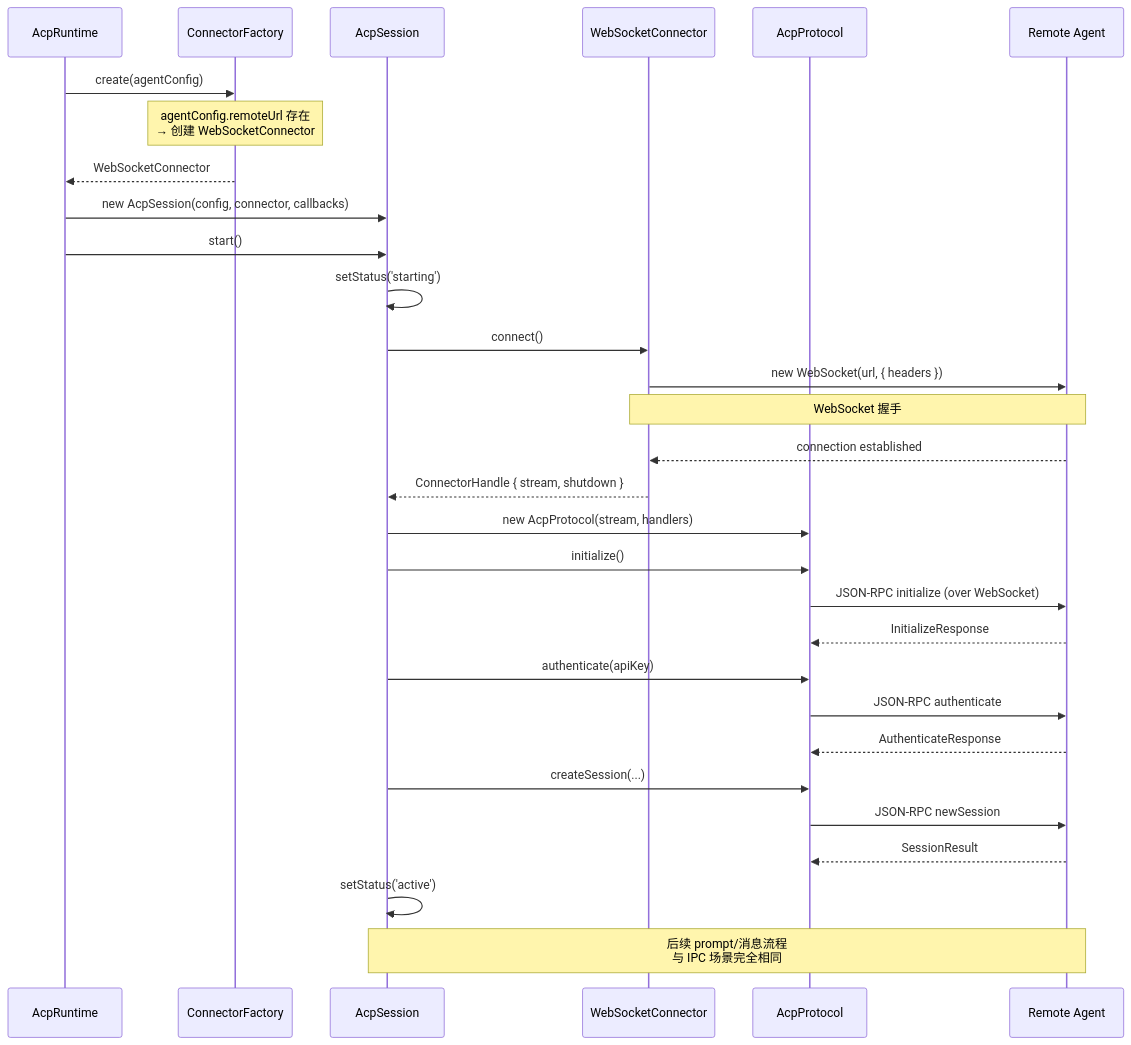
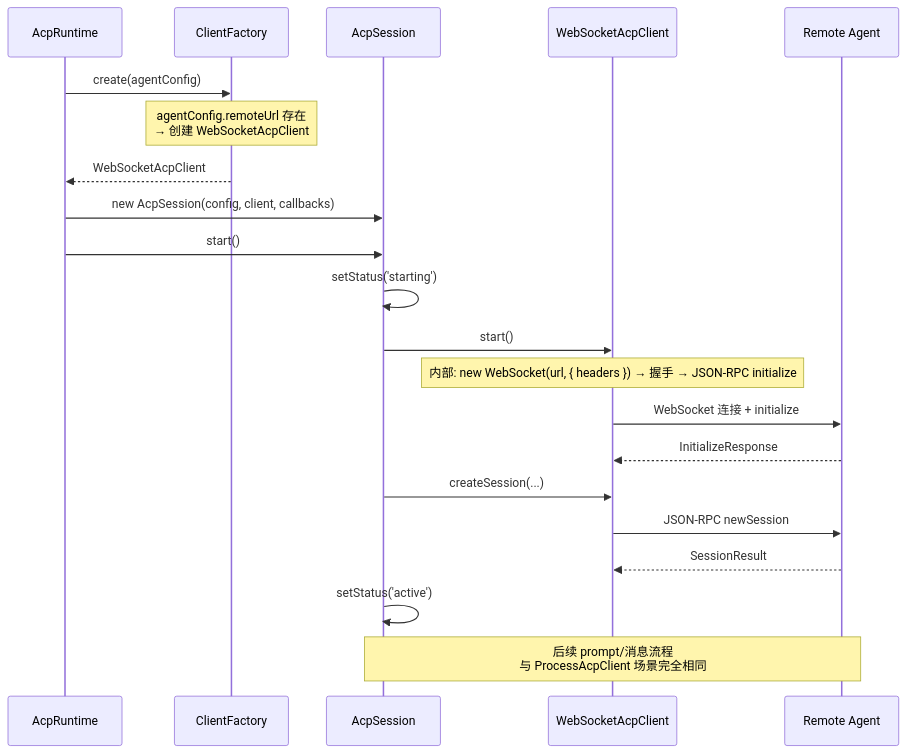
One commit to iOfficeAI/AionUi changed the tenth of 12 diagrams in docs/feature/acp-rewrite/06-scenario-walkthrough.md. Above: the diagram before and after it, drawn with Mermaid. The commit also changed other lines of this file and 22 other files, not shown here.

First line of the commit message:
refactor(acp): replace Connector+Protocol with AcpClient single-owner pattern

````diff
--- a/docs/feature/acp-rewrite/06-scenario-walkthrough.md
+++ b/docs/feature/acp-rewrite/06-scenario-walkthrough.md
@@ -869,40 +855,30 @@
 ```mermaid
 sequenceDiagram
     participant RT as AcpRuntime
-    participant CF as ConnectorFactory
+    participant CF as ClientFactory
     participant S as AcpSession
-    participant WS as WebSocketConnector
-    participant P as AcpProtocol
+    participant CL as WebSocketAcpClient
     participant RA as Remote Agent
 
     RT->>CF: create(agentConfig)
-    Note over CF: agentConfig.remoteUrl 存在<br/>→ 创建 WebSocketConnector
+    Note over CF: agentConfig.remoteUrl 存在<br/>→ 创建 WebSocketAcpClient
 
-    CF-->>RT: WebSocketConnector
+    CF-->>RT: WebSocketAcpClient
 
-    RT->>S: new AcpSession(config, connector, callbacks)
+    RT->>S: new AcpSession(config, client, callbacks)
     RT->>S: start()
     S->>S: setStatus('starting')
 
-    S->>WS: connect()
-    WS->>RA: new WebSocket(url, { headers })
-    Note over WS,RA: WebSocket 握手
-    RA-->>WS: connection established
-    WS-->>S: ConnectorHandle { stream, shutdown }
+    S->>CL: start()
+    Note over CL: 内部: new WebSocket(url, { headers }) → 握手 → JSON-RPC initialize
+    CL->>RA: WebSocket 连接 + initialize
+    RA-->>CL: InitializeResponse
 
-    S->>P: new AcpProtocol(stream, handlers)
-    S->>P: initialize()
-    P->>RA: JSON-RPC initialize (over WebSocket)
-    RA-->>P: InitializeResponse
-    S->>P: authenticate(apiKey)
-    P->>RA: JSON-RPC authenticate
-    RA-->>P: AuthenticateResponse
-
-    S->>P: createSession(...)
-    P->>RA: JSON-RPC newSession
-    RA-->>P: SessionResult
+    S->>CL: createSession(...)
+    CL->>RA: JSON-RPC newSession
+    RA-->>CL: SessionResult
 
     S->>S: setStatus('active')
 
-    Note over S,RA: 后续 prompt/消息流程<br/>与 IPC 场景完全相同
+    Note over S,RA: 后续 prompt/消息流程<br/>与 ProcessAcpClient 场景完全相同
 ```
````
